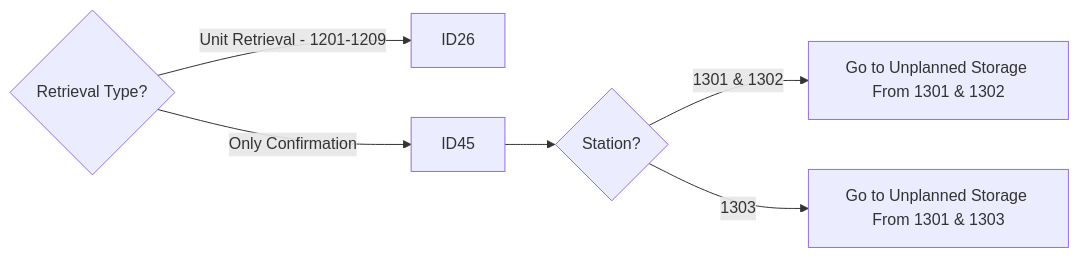
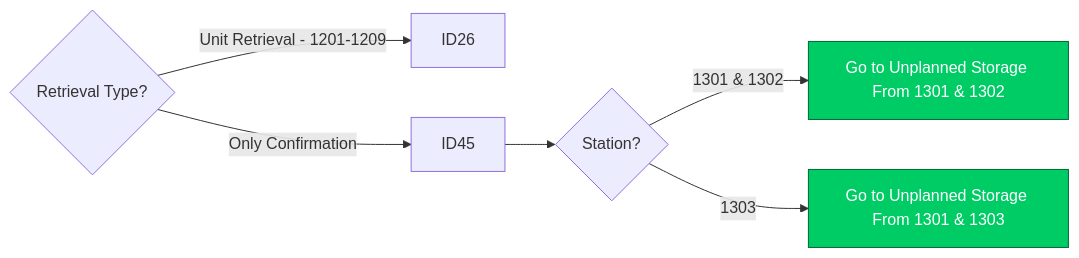
Before and after one commit to luthfiadityaa/SimeDarby-Wiki: the fourth of 16 diagrams in Basic-Design/DFD-WMS/Retrieval/Specific-Location-Retrieval-Setting.md, drawn with Mermaid.

Commit message:
Updated Specific Location Retrieval Setting

```diff
--- a/Basic-Design/DFD-WMS/Retrieval/Specific-Location-Retrieval-Setting.md
+++ b/Basic-Design/DFD-WMS/Retrieval/Specific-Location-Retrieval-Setting.md
@@ -31,10 +31,12 @@
 ::: mermaid
 flowchart LR
 Cond2{Retrieval Type?}--> |Unit Retrieval - 1201-1209| P13[ID26]
 Cond2{Retrieval Type?}--> |Only Confirmation| P14[ID45]-->Cond3{Station?}
 Cond3{Station?}-->|1301 & 1302| P15[Go to Unplanned Storage From 1301 & 1302]
 Cond3{Station?}-->|1303| P16[Go to Unplanned Storage From 1301 & 1303] 
 
 click P15 "https://www.google.com" "Go to Google"
 click P16 "https://www.google.com" "Go to Google"
+style P15 fill:#00cc66,stroke:#006633,color:#ffffff
+style P16 fill:#00cc66,stroke:#006633,color:#ffffff
 :::
```
